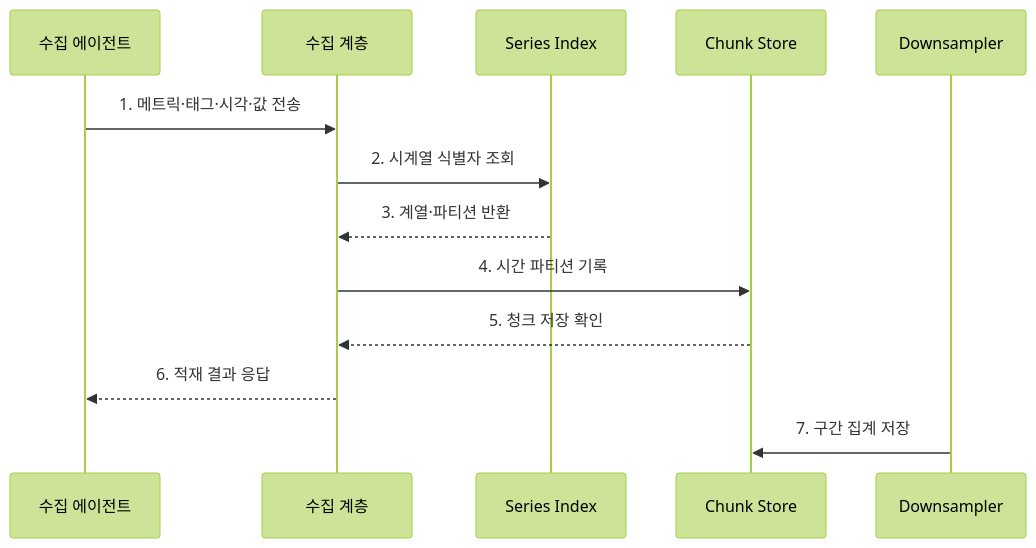
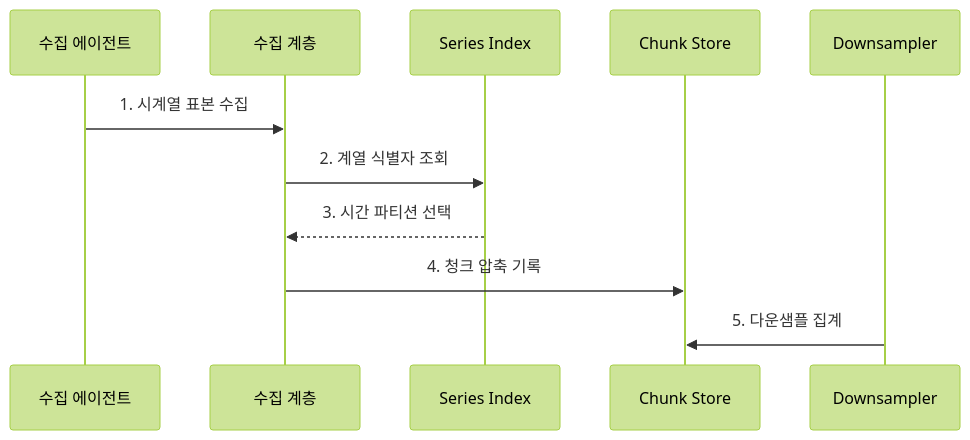
The second of 2 diagrams in src/content/docs/notes/03-software/110_time_series_database.md (agnusdei1207/knowledge-base), drawn with Mermaid (forest theme) before and after one commit. The commit also changed other lines of this file and 238 other files, not shown here.

````diff
--- a/src/content/docs/notes/03-software/110_time_series_database.md
+++ b/src/content/docs/notes/03-software/110_time_series_database.md
@@ -79,15 +79,13 @@
 ```mermaid
 sequenceDiagram
     participant A as 수집 에이전트
     participant I as 수집 계층
     participant X as Series Index
     participant C as Chunk Store
     participant D as Downsampler
-    A->>I: 1. 메트릭·태그·시각·값 전송
-    I->>X: 2. 시계열 식별자 조회
-    X-->>I: 3. 계열·파티션 반환
-    I->>C: 4. 시간 파티션 기록
-    C-->>I: 5. 청크 저장 확인
-    I-->>A: 6. 적재 결과 응답
-    D->>C: 7. 구간 집계 저장
+    A->>I: 1. 시계열 표본 수집
+    I->>X: 2. 계열 식별자 조회
+    X-->>I: 3. 시간 파티션 선택
+    I->>C: 4. 청크 압축 기록
+    D->>C: 5. 다운샘플 집계
 ```
````
